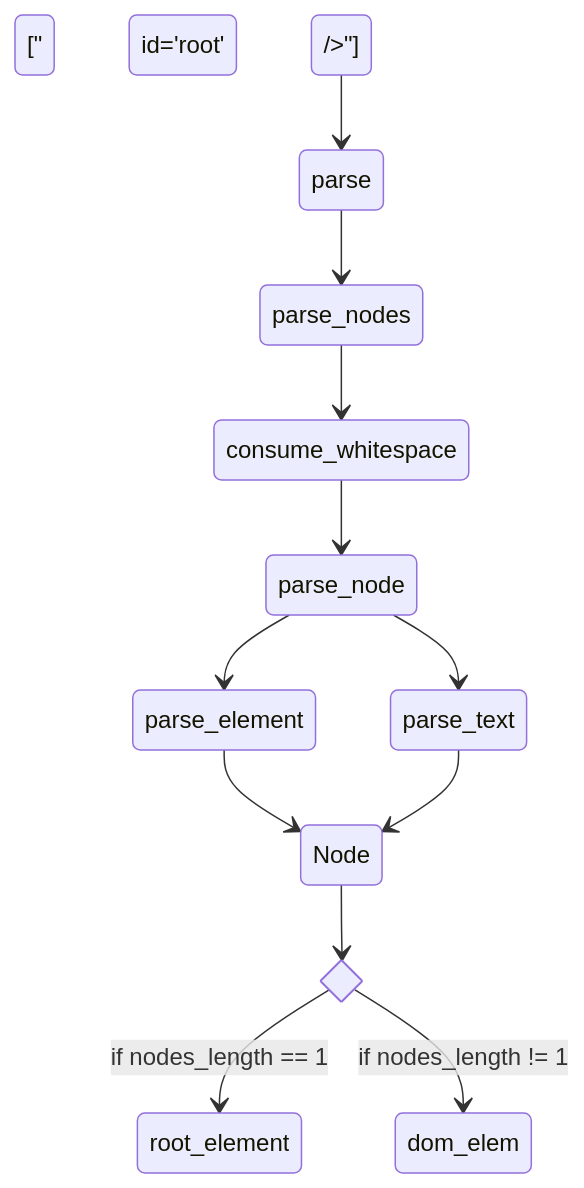
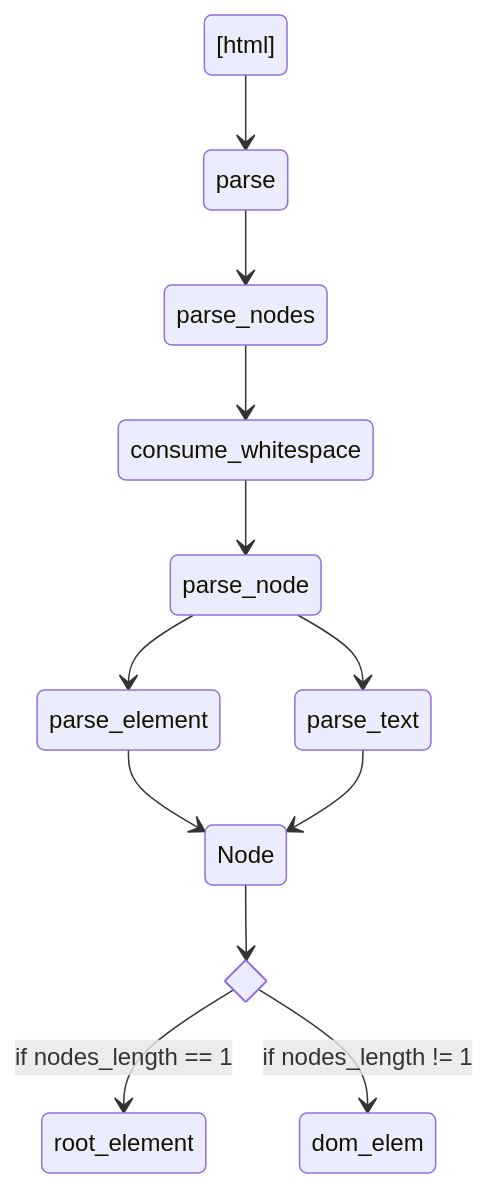
Before and after one commit to nakayan5/lets-build-a-browser-engine: the diagram in README.md, drawn with Mermaid.

````diff
--- a/README.md
+++ b/README.md
@@ -9,22 +9,22 @@
 ```mermaid
 stateDiagram-v2
 state nodes_length <<choice>>
 
 
-["<html><div id="root" /><html/>"] --> parse
+[html] --> parse
 parse --> parse_nodes
 
 parse_nodes --> consume_whitespace
 consume_whitespace --> parse_node
 
 parse_node --> parse_element
 parse_node --> parse_text
 
 parse_element　--> Node
 parse_text --> Node
 
 Node --> nodes_length
 nodes_length --> root_element: if nodes_length == 1
 nodes_length --> dom_elem : if nodes_length != 1
 
 ```
````
